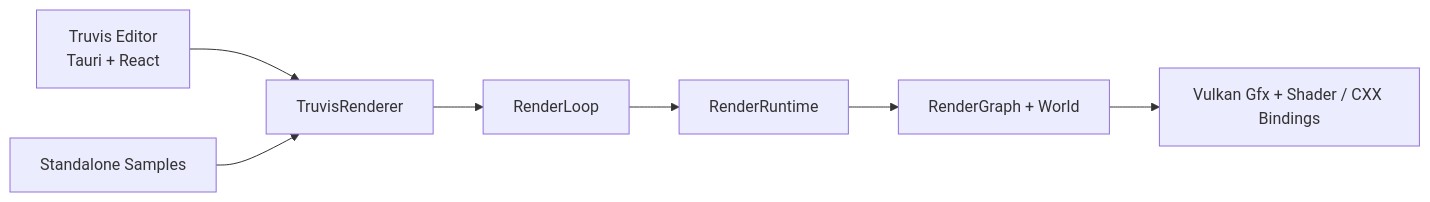
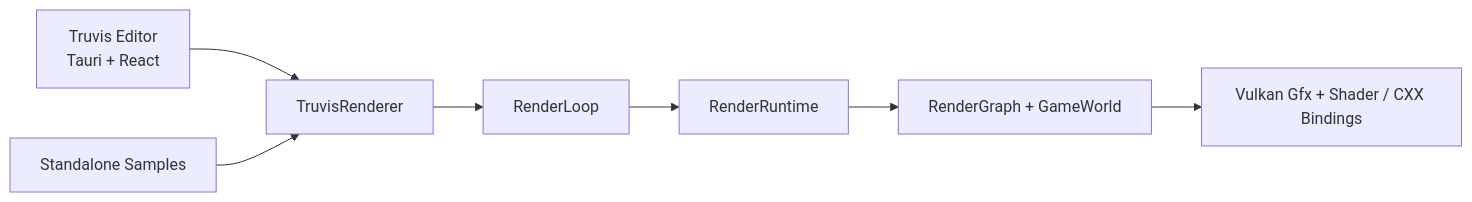
Before and after one commit to acccoco/TruvisRenderer: the diagram in README.md, drawn with Mermaid. The commit also changed other lines of this file and 101 other files, not shown here.

````diff
--- a/README.md
+++ b/README.md
@@ -94,9 +94,9 @@
 ```mermaid
 flowchart LR
     Editor["Truvis Editor<br/>Tauri + React"] --> Renderer["TruvisRenderer"]
     Samples["Standalone Samples"] --> Renderer
     Renderer --> Loop["RenderLoop"]
     Loop --> Runtime["RenderRuntime"]
-    Runtime --> Graph["RenderGraph + World"]
+    Runtime --> Graph["RenderGraph + GameWorld"]
     Graph --> Gfx["Vulkan Gfx + Shader / CXX Bindings"]
 ```
````
